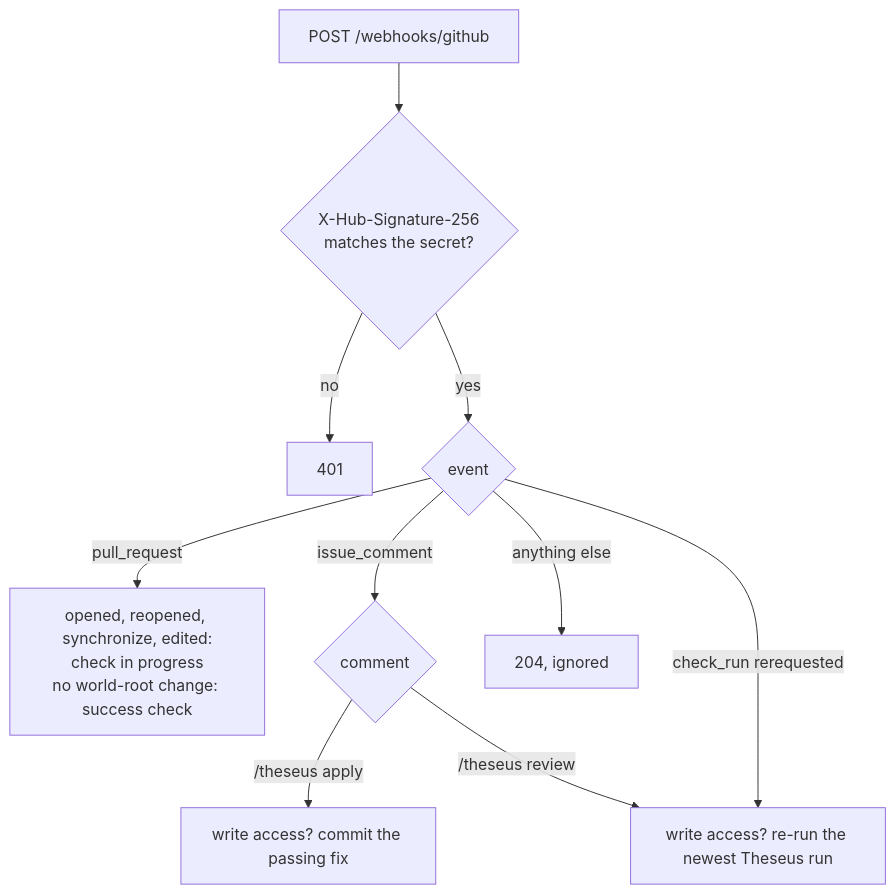
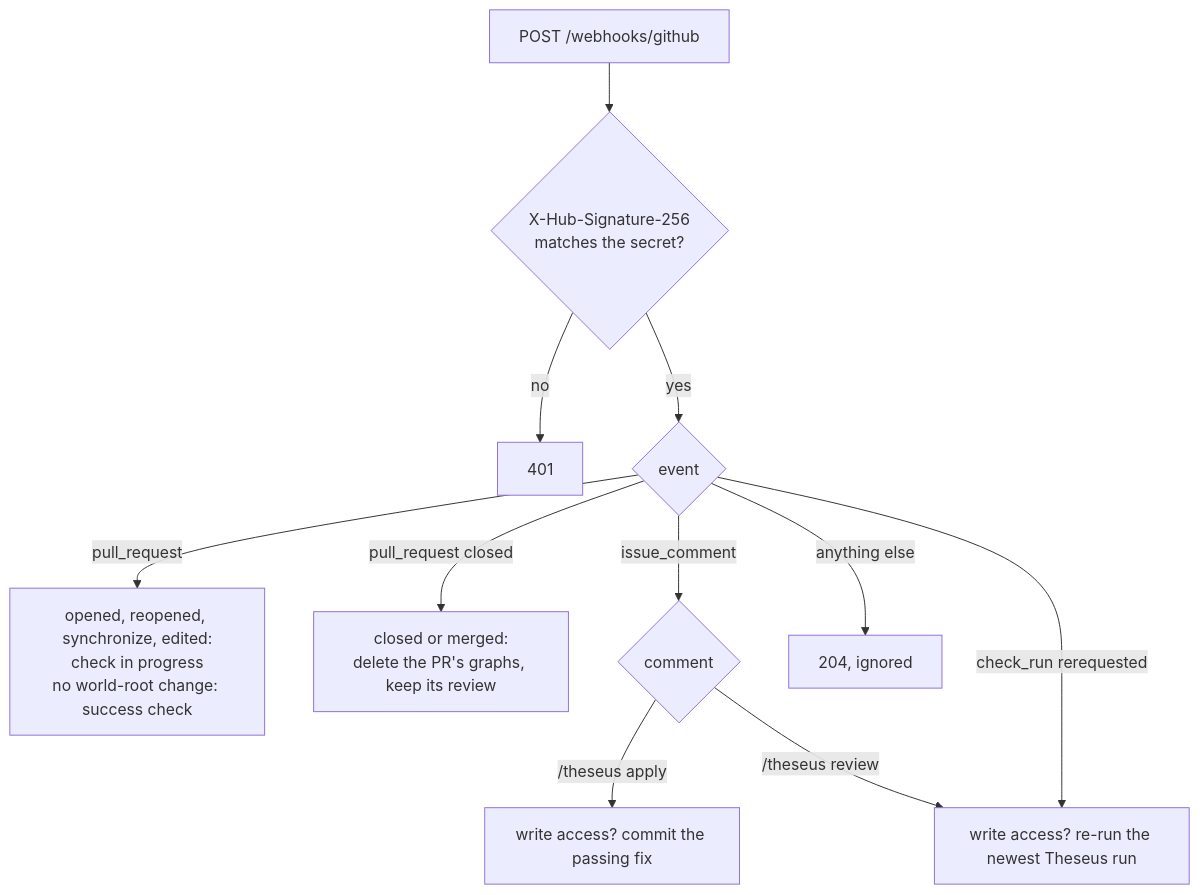
The second of 3 diagrams in docs/architecture/07-github-and-deploy.md (AjinkyaTaranekar/theseus), drawn with Mermaid before and after one commit. The commit also changed other lines of this file and 5 other files, not shown here.

First line of the commit message:
docs: Describe how a PR's graphs are deleted

````diff
--- a/docs/architecture/07-github-and-deploy.md
+++ b/docs/architecture/07-github-and-deploy.md
@@ -75,12 +75,13 @@
 ```mermaid
 flowchart TD
   W["POST /webhooks/github"] --> S{"X-Hub-Signature-256<br/>matches the secret?"}
   S -- no --> X["401"]
   S -- yes --> E{"event"}
   E -->|"pull_request"| PR["opened, reopened, synchronize, edited:<br/>check in progress<br/>no world-root change: success check"]
+  E -->|"pull_request closed"| CL["closed or merged:<br/>delete the PR's graphs, keep its review"]
   E -->|"issue_comment"| C{"comment"}
   C -->|"/theseus apply"| AP["write access? commit the passing fix"]
   C -->|"/theseus review"| RV["write access? re-run the newest Theseus run"]
   E -->|"check_run rerequested"| RV
   E -->|"anything else"| I["204, ignored"]
 ```
````
